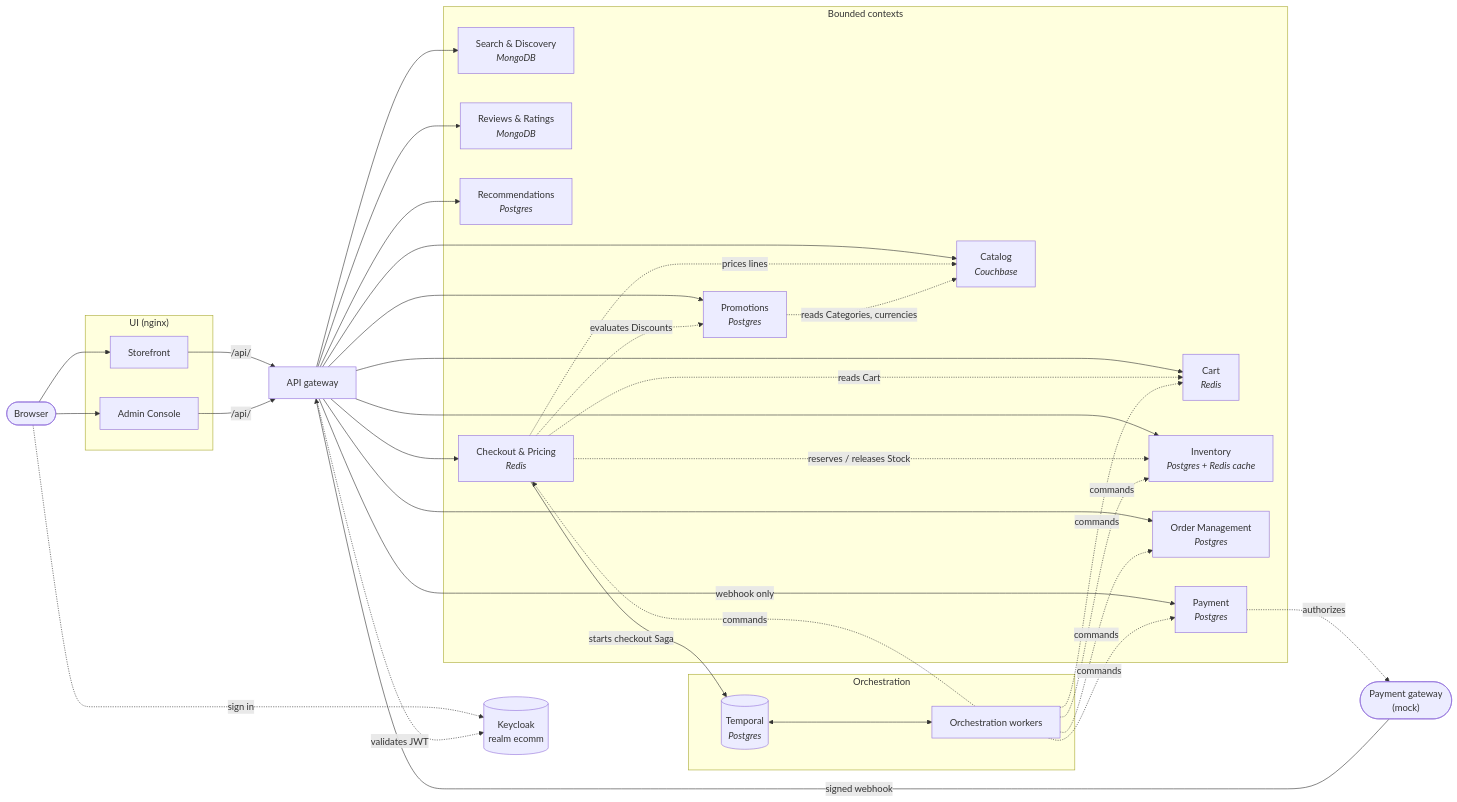
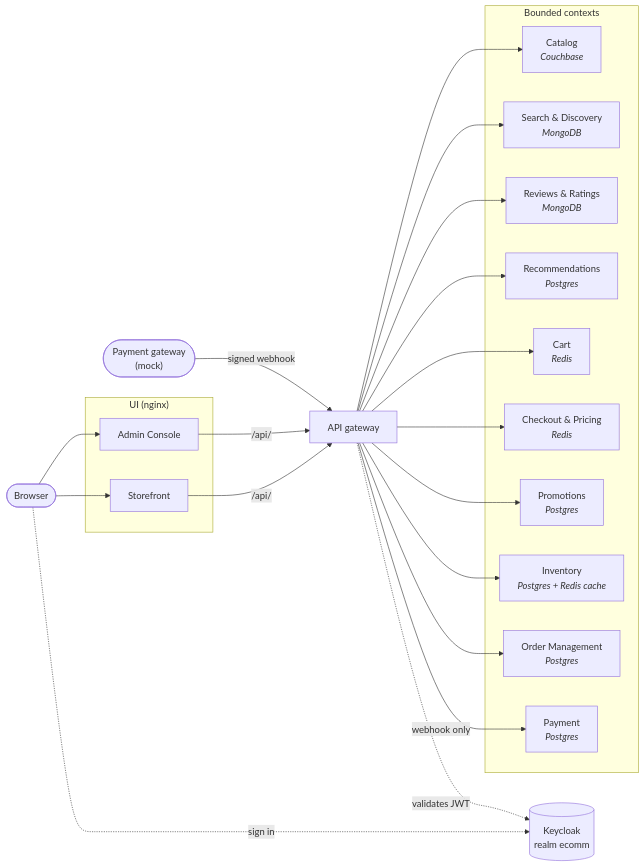
Before and after one commit to ondokuzz/ecomm: the first of 4 diagrams in docs/architecture.md, drawn with Mermaid. The commit also changed other lines of this file, not shown here.

Commit message:
Architecture: the calls between contexts in their own diagram

````diff
--- a/docs/architecture.md
+++ b/docs/architecture.md
@@ -14,51 +14,35 @@
 ```mermaid
 flowchart LR
   browser(["Browser"])
 
   subgraph ui["UI (nginx)"]
     storefront["Storefront"]
     admin["Admin Console"]
   end
 
   gateway["API gateway"]
   keycloak[("Keycloak<br/>realm ecomm")]
   bank(["Payment gateway<br/>(mock)"])
 
   subgraph contexts["Bounded contexts"]
     catalog["Catalog<br/><i>Couchbase</i>"]
     search["Search & Discovery<br/><i>MongoDB</i>"]
     reviews["Reviews & Ratings<br/><i>MongoDB</i>"]
     recs["Recommendations<br/><i>Postgres</i>"]
     cart["Cart<br/><i>Redis</i>"]
     checkout["Checkout & Pricing<br/><i>Redis</i>"]
     promotions["Promotions<br/><i>Postgres</i>"]
     inventory["Inventory<br/><i>Postgres + Redis cache</i>"]
     orders["Order Management<br/><i>Postgres</i>"]
     payment["Payment<br/><i>Postgres</i>"]
   end
 
-  subgraph saga["Orchestration"]
-    orchestration["Orchestration workers"]
-    temporal[("Temporal<br/><i>Postgres</i>")]
-  end
-
   browser --> storefront & admin
   browser -. sign in .-> keycloak
   storefront & admin -- "/api/" --> gateway
   gateway -. validates JWT .-> keycloak
 
   gateway --> catalog & search & reviews & recs & cart & checkout & promotions & inventory & orders
   bank -- "signed webhook" --> gateway
   gateway -- "webhook only" --> payment
-
-  checkout -. reads Cart .-> cart
-  checkout -. prices lines .-> catalog
-  checkout -. evaluates Discounts .-> promotions
-  checkout -. reserves / releases Stock .-> inventory
-  checkout -- "starts checkout Saga" --> temporal
-  promotions -. reads Categories, currencies .-> catalog
-  payment -. authorizes .-> bank
-
-  temporal <--> orchestration
-  orchestration -. commands .-> orders & payment & inventory & cart & checkout
 ```
````
